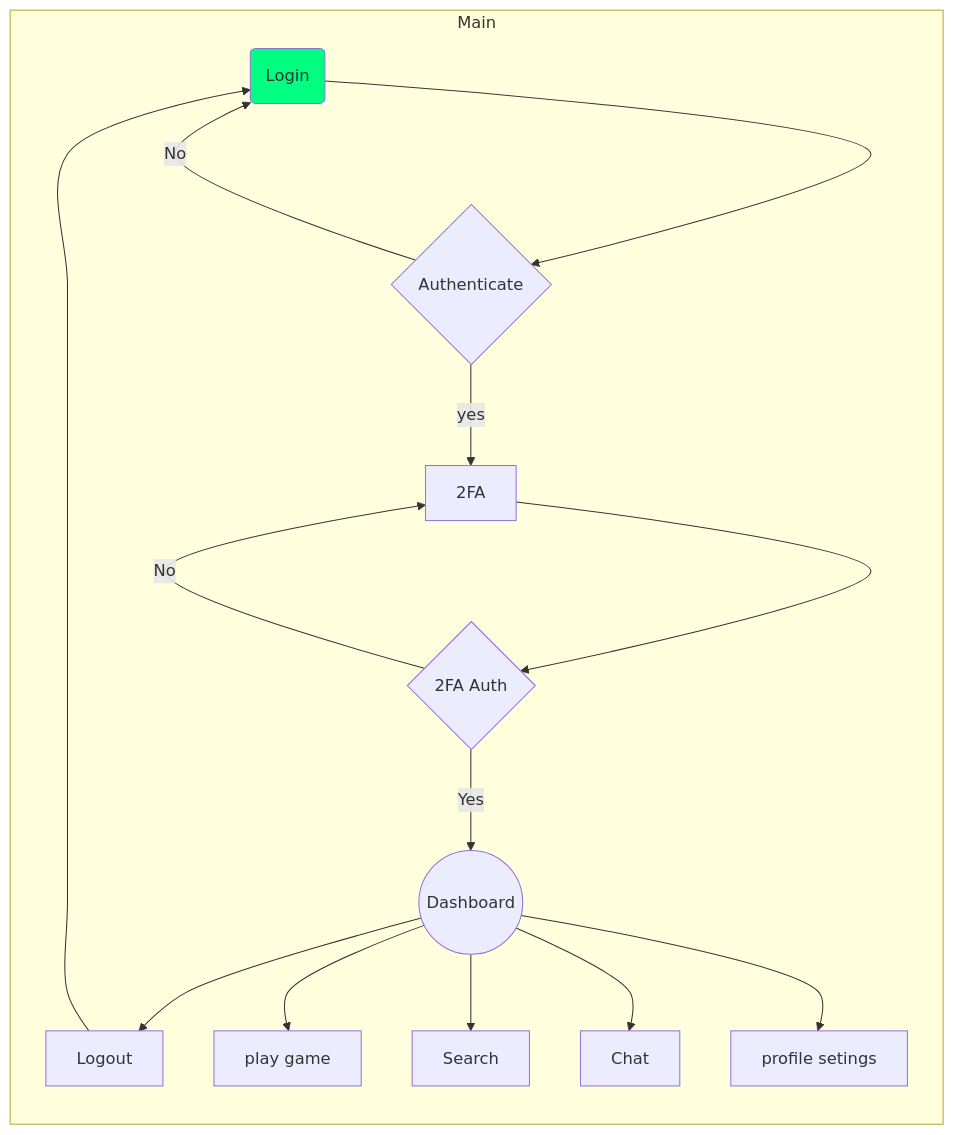
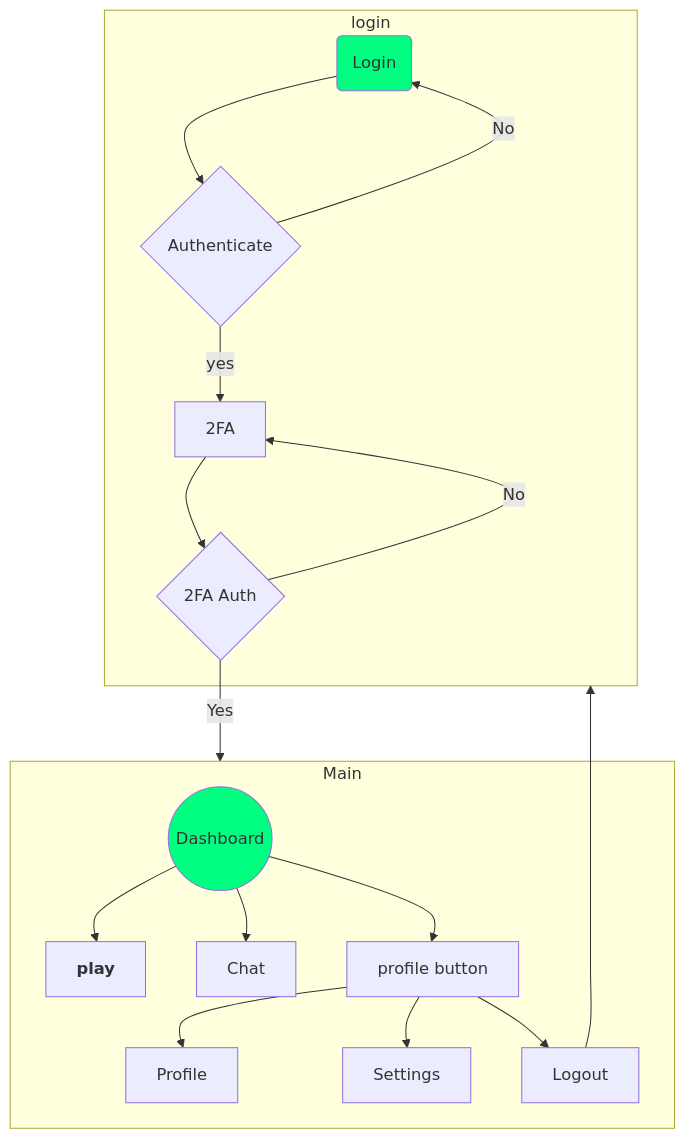
One commit to Salem-1/Transcendence changed the diagram in documetation/flowcharts/main.md. Above: the diagram before and after it, drawn with Mermaid. The commit also changed 6 other files, not shown here.

Commit message:
Updated flowcharts as our last meeting The flow chart are missing the database and some details that will be added as we move along

````diff
--- a/documetation/flowcharts/main.md
+++ b/documetation/flowcharts/main.md
@@ -2,22 +2,32 @@
 ``` mermaid
 %%{init: {'theme': 'default', "flowchart" : { "curve" : "catmullRom" } } }%%
-flowchart LR
-	subgraph Main
+flowchart TD
+	
+	classDef start fill:#00ff80
+	
+	subgraph login
 		in(Login):::start --> Auth{Authenticate}
-		classDef start fill:#00ff80
 
 		Auth -- yes --> FA[2FA]
 		Auth -- No --> in
 		FA --> is2F{2FA Auth}
 		is2F -- No --> FA
-		is2F -- Yes --> dash((Dashboard))
+	end
+	is2F -- Yes --> Main
+	
+	subgraph Main
+		dash((Dashboard)):::start
 
-		dash --> out[Logout]  --> in
-		dash --> gbtn[play game]
-		dash --> Search
+		dash --> gbtn["`**play**`"]
 		dash --> chat[Chat]
-		dash --> set[profile setings]
+		dash --> profileCorner[profile button]
 
+
+		profileCorner --> profilePage[Profile]
+		profileCorner --> set[Settings]
+		profileCorner --> out[Logout]
 	end
+		out  --> login
+	
 
 ```
````
